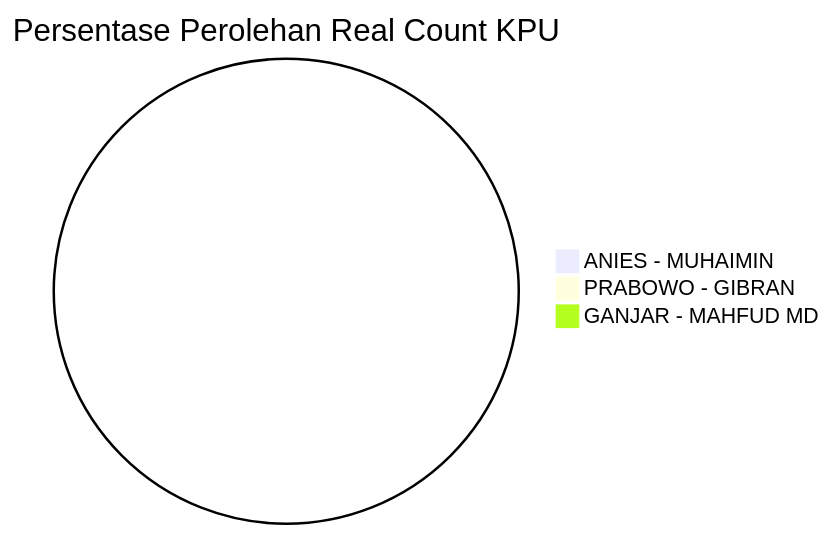
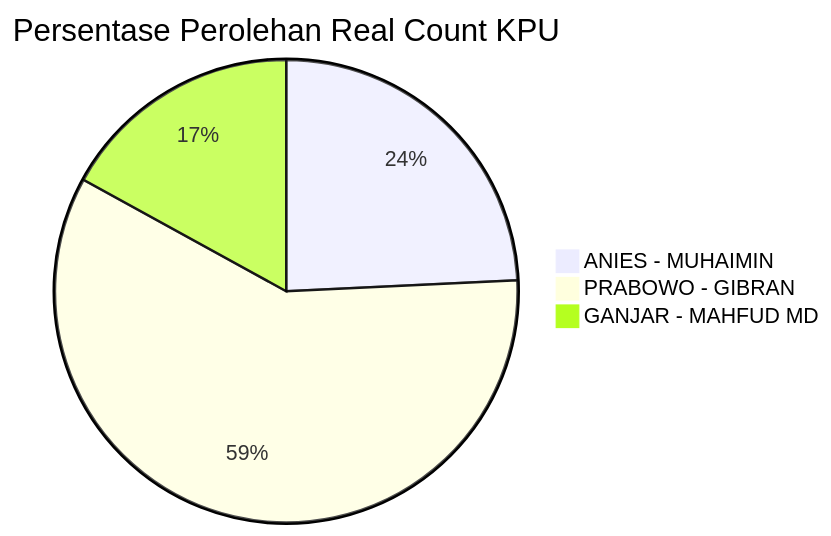
Before and after one commit to ptdede/github-workflow-playground: the diagram in README.md, drawn with Mermaid. The commit also changed other lines of this file, not shown here.

Commit message:
chore(KPU): Gather new pilpres data

````diff
--- a/README.md
+++ b/README.md
@@ -5,6 +4,6 @@
 ```mermaid
 pie title Persentase Perolehan Real Count KPU
-    "ANIES - MUHAIMIN" : 0
-    "PRABOWO - GIBRAN" : 0
-    "GANJAR - MAHFUD MD" : 0
+    "ANIES - MUHAIMIN" : 24583259
+    "PRABOWO - GIBRAN" : 59591588
+    "GANJAR - MAHFUD MD" : 17238739
 ```
````
